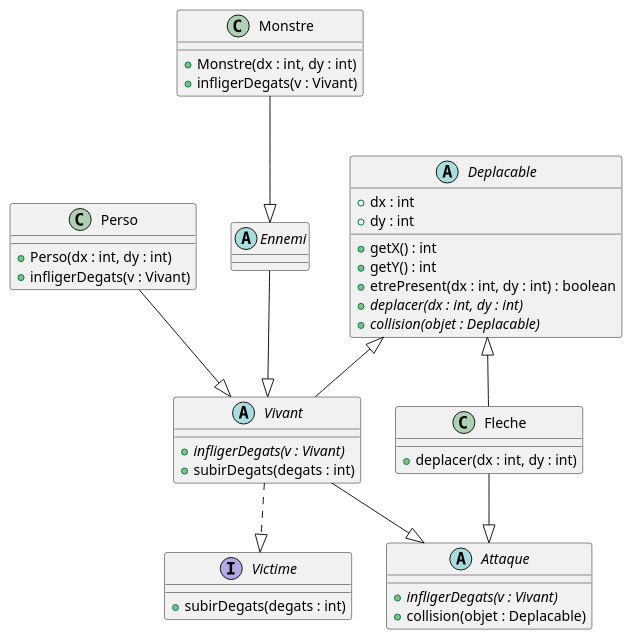
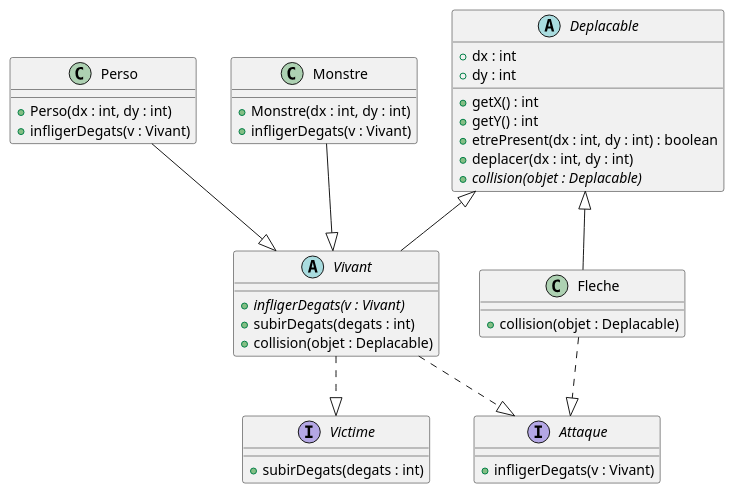
The diagram in documents/version_2/diag_classe_initial_v2.puml (remi-choffat/2024_Zeldiablo_remi-choffat_Cesareuh_katrinltvnv), drawn with PlantUML before and after one commit. The commit also changed 4 other files, not shown here.

Commit message:
Modification du diagramme de classe

```diff
--- a/documents/version_2/diag_classe_initial_v2.puml
+++ b/documents/version_2/diag_classe_initial_v2.puml
@@ -1,54 +1,48 @@
 @startuml
 
 abstract class Deplacable{
 +dx : int
 +dy : int
 +getX() : int
 +getY() : int
 +etrePresent(dx : int, dy : int) : boolean
-+{abstract}deplacer(dx : int, dy : int)
++deplacer(dx : int, dy : int)
 +{abstract}collision(objet : Deplacable)
 }
-
-
 
 class Perso{
 +Perso(dx : int, dy : int)
 +infligerDegats(v : Vivant)
 }
 
 class Monstre{
 +Monstre(dx : int, dy : int)
 +infligerDegats(v : Vivant)
 }
 
 abstract class Vivant{
 +{abstract}infligerDegats(v : Vivant)
 +subirDegats(degats : int)
++collision(objet : Deplacable)
 }
 
 interface Victime {
 +subirDegats(degats : int)
 }
 
-abstract class Attaque {
-+{abstract}infligerDegats(v : Vivant)
-+collision(objet : Deplacable)
+interface Attaque {
++infligerDegats(v : Vivant)
 }
 
 class Fleche {
-+deplacer(dx : int, dy : int)
-}
-
-abstract class Ennemi {
++collision(objet : Deplacable)
 }
 
 Deplacable <|-- Fleche
 Deplacable <|-- Vivant
 Perso --|> Vivant
-Monstre --|> Ennemi
-Ennemi --|> Vivant
+Monstre --|> Vivant
 Vivant ..|> Victime
-Vivant --|> Attaque
-Fleche --|> Attaque
+Vivant ..|> Attaque
+Fleche ..|> Attaque
 @enduml
```
